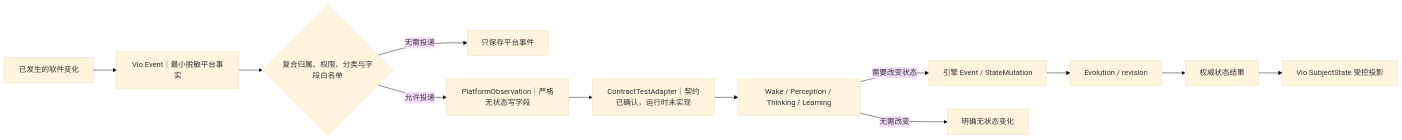
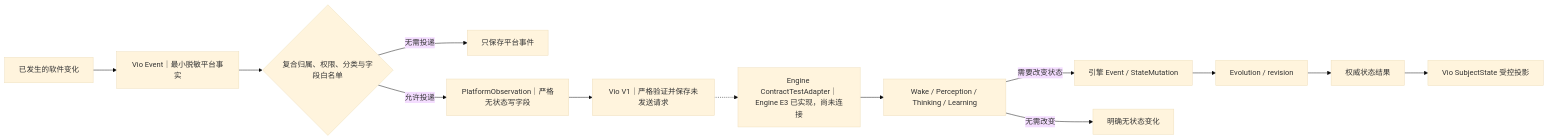
The fourth of 5 diagrams in docs/后端/数据关系图.md (yuan69082-code/vio-live-frontend), drawn with Mermaid (base theme) before and after one commit. The commit also changed other lines of this file and 31 other files, not shown here.

Commit message:
feat: add Vio V1 continuity contract request foundation

````diff
--- a/docs/后端/数据关系图.md
+++ b/docs/后端/数据关系图.md
@@ -498,14 +501,15 @@
 ```mermaid
 flowchart LR
     CHANGE["已发生的软件变化"] --> EVENT["Vio Event｜最小脱敏平台事实"]
     EVENT --> POLICY{"复合归属、权限、分类与字段白名单"}
     POLICY -->|"无需投递"| STORE["只保存平台事件"]
     POLICY -->|"允许投递"| OBS["PlatformObservation｜严格无状态写字段"]
-    OBS --> PORT["ContractTestAdapter｜契约已确认，运行时未实现"]
+    OBS --> STORE_REQUEST["Vio V1｜严格验证并保存未发送请求"]
+    STORE_REQUEST -.-> PORT["Engine ContractTestAdapter｜Engine E3 已实现，尚未连接"]
     PORT --> DECIDE["Wake / Perception / Thinking / Learning"]
     DECIDE -->|"需要改变状态"| EEVENT["引擎 Event / StateMutation"]
     EEVENT --> EVOLVE["Evolution / revision"]
     EVOLVE --> RESULT["权威状态结果"]
     RESULT --> STATE["Vio SubjectState 受控投影"]
     DECIDE -->|"无需改变"| NOOP["明确无状态变化"]
 ```
````
